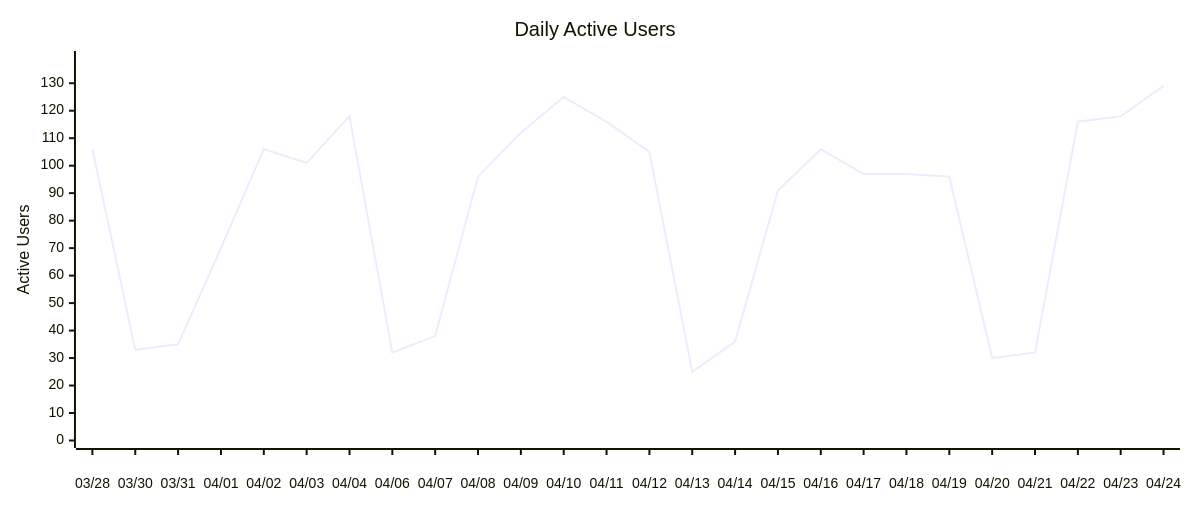
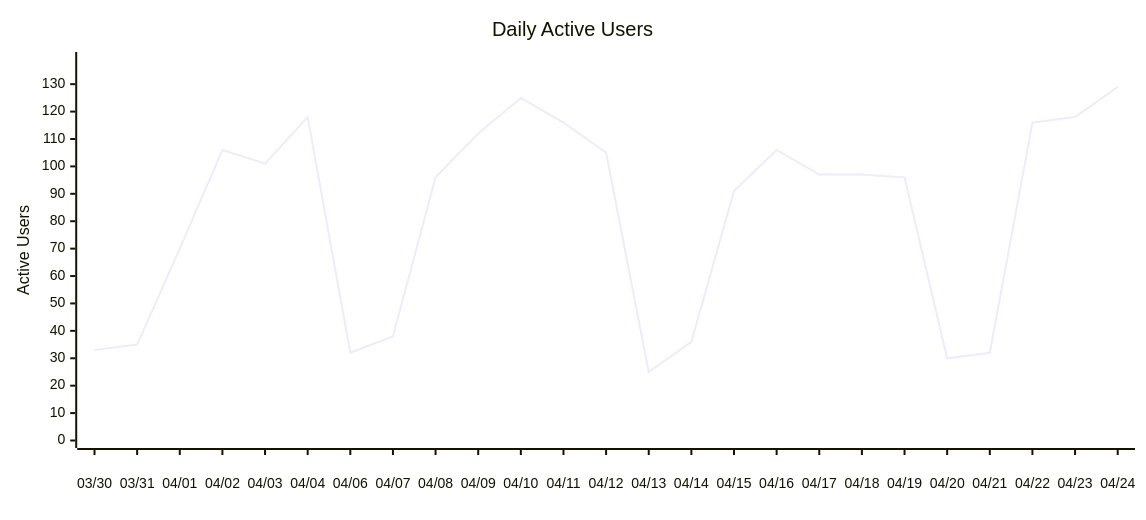
Before and after one commit to austenstone/copilot-usage: the second of 5 diagrams in README.md, drawn with Mermaid. The commit also changed other lines of this file and 2 other files, not shown here.

````diff
--- a/README.md
+++ b/README.md
@@ -138,18 +138,18 @@
 ```mermaid
 ---
 config:
     xyChart:
-        width: 1170
+        width: 1125
         height: 500
         xAxis:
             labelPadding: 20
     themeVariables:
         xyChart:
             backgroundColor: "transparent"
 ---
 xychart-beta
   title "Daily Active Users"
-  x-axis ["03/28", "03/30", "03/31", "04/01", "04/02", "04/03", "04/04", "04/06", "04/07", "04/08", "04/09", "04/10", "04/11", "04/12", "04/13", "04/14", "04/15", "04/16", "04/17", "04/18", "04/19", "04/20", "04/21", "04/22", "04/23", "04/24"]
+  x-axis ["03/30", "03/31", "04/01", "04/02", "04/03", "04/04", "04/06", "04/07", "04/08", "04/09", "04/10", "04/11", "04/12", "04/13", "04/14", "04/15", "04/16", "04/17", "04/18", "04/19", "04/20", "04/21", "04/22", "04/23", "04/24"]
   y-axis "Active Users" 0 --> 139
-  line [106, 33, 35, 70, 106, 101, 118, 32, 38, 96, 112, 125, 116, 105, 25, 36, 91, 106, 97, 97, 96, 30, 32, 116, 118, 129]
+  line [33, 35, 70, 106, 101, 118, 32, 38, 96, 112, 125, 116, 105, 25, 36, 91, 106, 97, 97, 96, 30, 32, 116, 118, 129]
 ```
````
